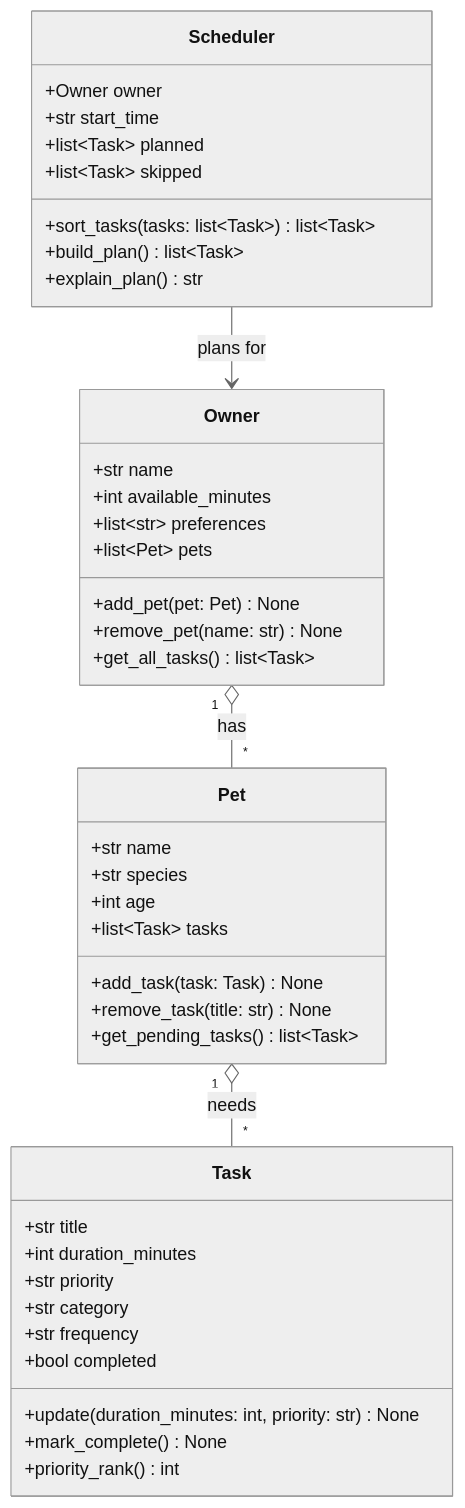
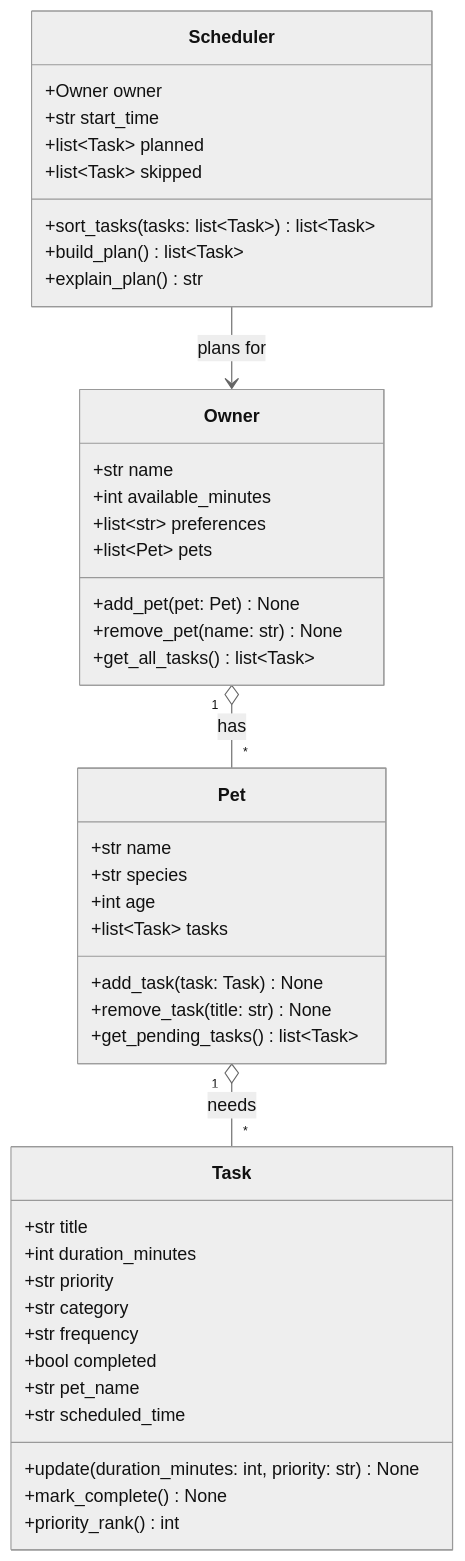
The diagram in diagrams/uml.mmd (steevve5/ai110-module2show-pawpal-starter), drawn with Mermaid (neutral theme) before and after one commit. The commit also changed 5 other files, not shown here.

```diff
--- a/diagrams/uml.mmd
+++ b/diagrams/uml.mmd
@@ -1,48 +1,50 @@
 classDiagram
     %% PawPal+ draft UML. Keep this file updated so it matches your final implementation.
 
     class Owner {
         +str name
         +int available_minutes
         +list~str~ preferences
         +list~Pet~ pets
         +add_pet(pet: Pet) None
         +remove_pet(name: str) None
         +get_all_tasks() list~Task~
     }
 
     class Pet {
         +str name
         +str species
         +int age
         +list~Task~ tasks
         +add_task(task: Task) None
         +remove_task(title: str) None
         +get_pending_tasks() list~Task~
     }
 
     class Task {
         +str title
         +int duration_minutes
         +str priority
         +str category
         +str frequency
         +bool completed
+        +str pet_name
+        +str scheduled_time
         +update(duration_minutes: int, priority: str) None
         +mark_complete() None
         +priority_rank() int
     }
 
     class Scheduler {
         +Owner owner
         +str start_time
         +list~Task~ planned
         +list~Task~ skipped
         +sort_tasks(tasks: list~Task~) list~Task~
         +build_plan() list~Task~
         +explain_plan() str
     }
 
     Owner "1" o-- "*" Pet : has
     Pet "1" o-- "*" Task : needs
     Scheduler --> Owner : plans for
```
